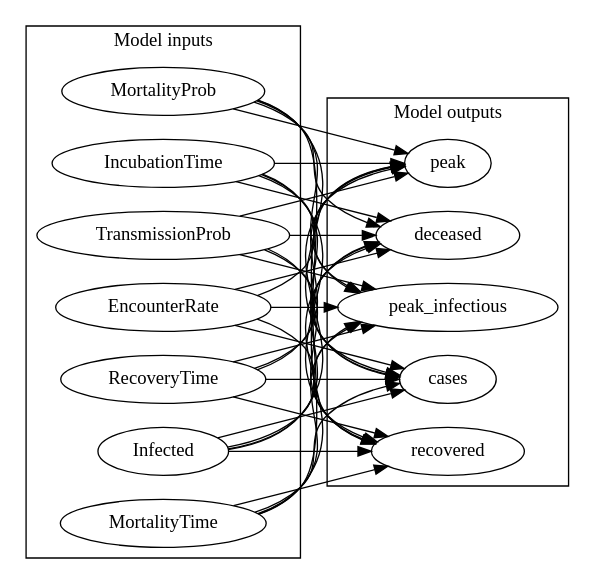
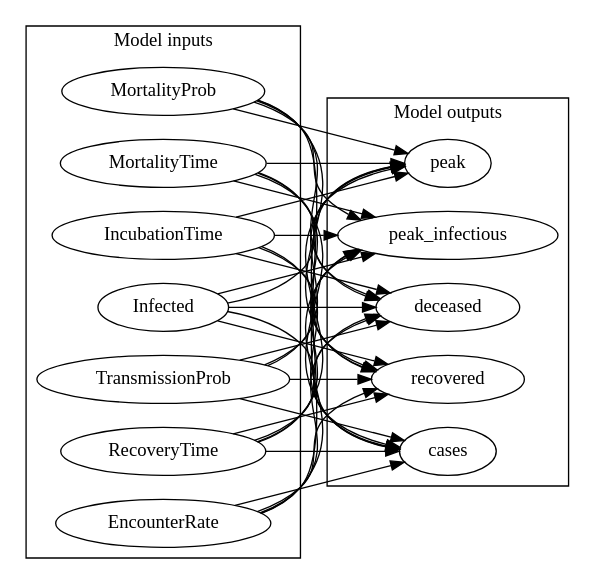
The diagram in scenarios/influenza1918/dags/influenza1918_abstract.dot (CITCOM-project/causcumber), drawn with Graphviz before and after one commit. The commit also changed other lines of this file and 2 other files, not shown here.

```diff
--- a/scenarios/influenza1918/dags/influenza1918_abstract.dot
+++ b/scenarios/influenza1918/dags/influenza1918_abstract.dot
@@ -1,58 +1,58 @@
 digraph "" {
 	graph [newrank=True,
 		rankdir=LR
 	];
 	subgraph cluster_inputs {
 		graph [label="Model inputs"];
+		TransmissionProb;
 		RecoveryTime;
+		EncounterRate;
+		MortalityProb;
+		MortalityTime;
+		IncubationTime;
 		Infected;
-		MortalityTime;
-		MortalityProb;
-		IncubationTime;
-		TransmissionProb;
-		EncounterRate;
 	}
 	subgraph cluster_outputs {
 		graph [label="Model outputs"];
+		recovered;
 		cases;
-		recovered;
 		peak;
+		peak_infectious;
 		deceased;
-		peak_infectious;
 	}
+	TransmissionProb -> recovered;
+	TransmissionProb -> cases;
+	TransmissionProb -> peak;
+	TransmissionProb -> peak_infectious;
+	TransmissionProb -> deceased;
+	RecoveryTime -> recovered;
 	RecoveryTime -> cases;
-	RecoveryTime -> recovered;
 	RecoveryTime -> peak;
+	RecoveryTime -> peak_infectious;
 	RecoveryTime -> deceased;
-	RecoveryTime -> peak_infectious;
+	EncounterRate -> recovered;
+	EncounterRate -> cases;
+	EncounterRate -> peak;
+	EncounterRate -> peak_infectious;
+	EncounterRate -> deceased;
+	MortalityProb -> recovered;
+	MortalityProb -> cases;
+	MortalityProb -> peak;
+	MortalityProb -> peak_infectious;
+	MortalityProb -> deceased;
+	MortalityTime -> recovered;
+	MortalityTime -> cases;
+	MortalityTime -> peak;
+	MortalityTime -> peak_infectious;
+	MortalityTime -> deceased;
+	IncubationTime -> recovered;
+	IncubationTime -> cases;
+	IncubationTime -> peak;
+	IncubationTime -> peak_infectious;
+	IncubationTime -> deceased;
+	Infected -> recovered;
 	Infected -> cases;
-	Infected -> recovered;
 	Infected -> peak;
+	Infected -> peak_infectious;
 	Infected -> deceased;
-	Infected -> peak_infectious;
-	MortalityTime -> cases;
-	MortalityTime -> recovered;
-	MortalityTime -> peak;
-	MortalityTime -> deceased;
-	MortalityTime -> peak_infectious;
-	MortalityProb -> cases;
-	MortalityProb -> recovered;
-	MortalityProb -> peak;
-	MortalityProb -> deceased;
-	MortalityProb -> peak_infectious;
-	IncubationTime -> cases;
-	IncubationTime -> recovered;
-	IncubationTime -> peak;
-	IncubationTime -> deceased;
-	IncubationTime -> peak_infectious;
-	TransmissionProb -> cases;
-	TransmissionProb -> recovered;
-	TransmissionProb -> peak;
-	TransmissionProb -> deceased;
-	TransmissionProb -> peak_infectious;
-	EncounterRate -> cases;
-	EncounterRate -> recovered;
-	EncounterRate -> peak;
-	EncounterRate -> deceased;
-	EncounterRate -> peak_infectious;
 }
```
